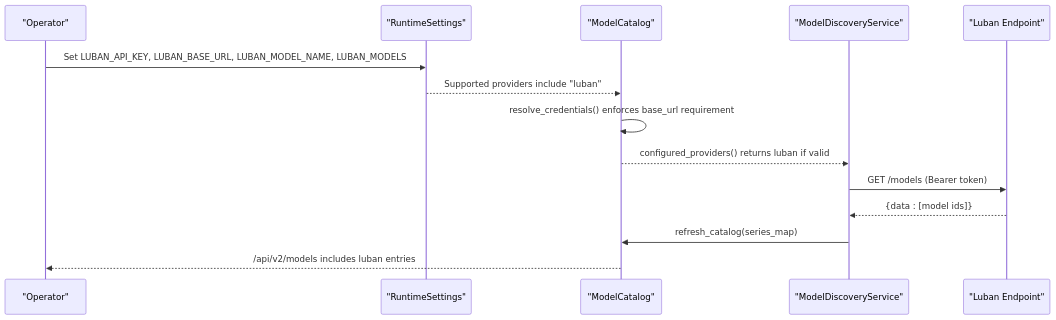
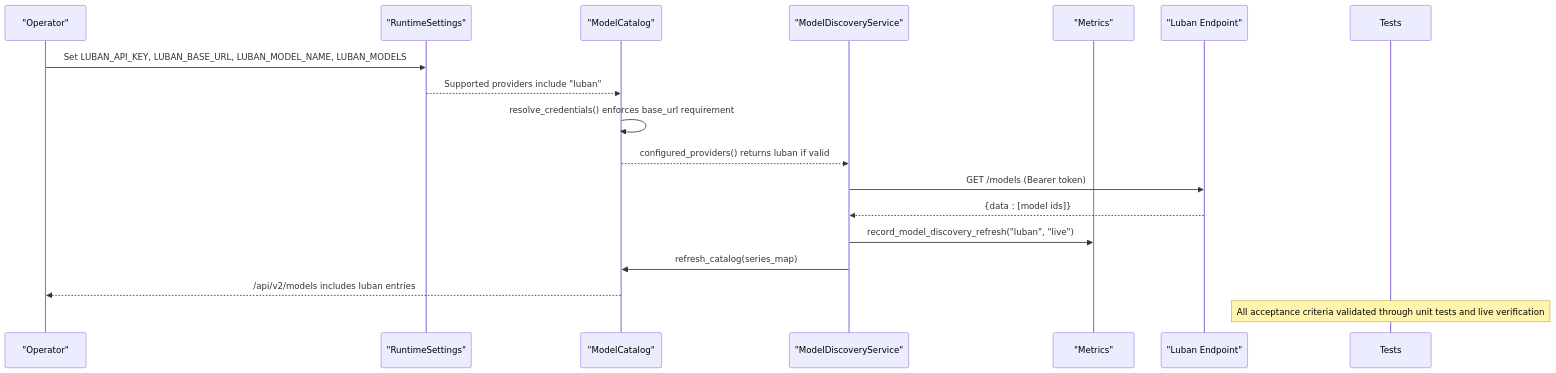
One commit to metasync/luban-aiops changed the second of 8 diagrams in .qoder/repowiki/en/content/Architecture Documentation/SPEC-028_ Luban Runtime Provider.md. Above: the diagram before and after it, drawn with Mermaid. The commit also changed other lines of this file and 16 other files, not shown here.

````diff
--- a/.qoder/repowiki/en/content/Architecture Documentation/SPEC-028_ Luban Runtime Provider.md
+++ b/.qoder/repowiki/en/content/Architecture Documentation/SPEC-028_ Luban Runtime Provider.md
@@ -105,16 +138,19 @@
 ```mermaid
 sequenceDiagram
 participant Ops as "Operator"
 participant RS as "RuntimeSettings"
 participant CAT as "ModelCatalog"
 participant DISC as "ModelDiscoveryService"
+participant METRICS as "Metrics"
 participant LLM as "Luban Endpoint"
 Ops->>RS : Set LUBAN_API_KEY, LUBAN_BASE_URL, LUBAN_MODEL_NAME, LUBAN_MODELS
 RS-->>CAT : Supported providers include "luban"
 CAT->>CAT : resolve_credentials() enforces base_url requirement
 CAT-->>DISC : configured_providers() returns luban if valid
 DISC->>LLM : GET /models (Bearer token)
 LLM-->>DISC : {data : [model ids]}
+DISC->>METRICS : record_model_discovery_refresh("luban", "live")
 DISC->>CAT : refresh_catalog(series_map)
 CAT-->>Ops : /api/v2/models includes luban entries
+Note over Tests : All acceptance criteria validated through unit tests and live verification
 ```
````
